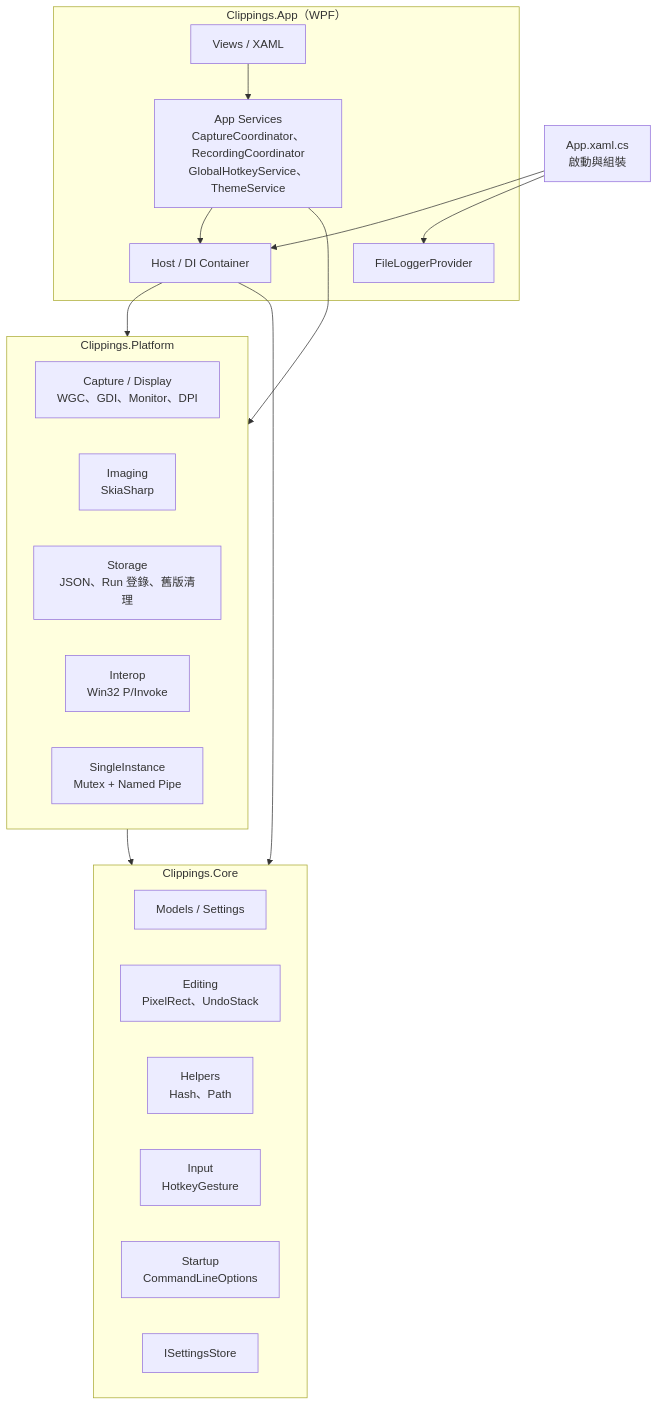
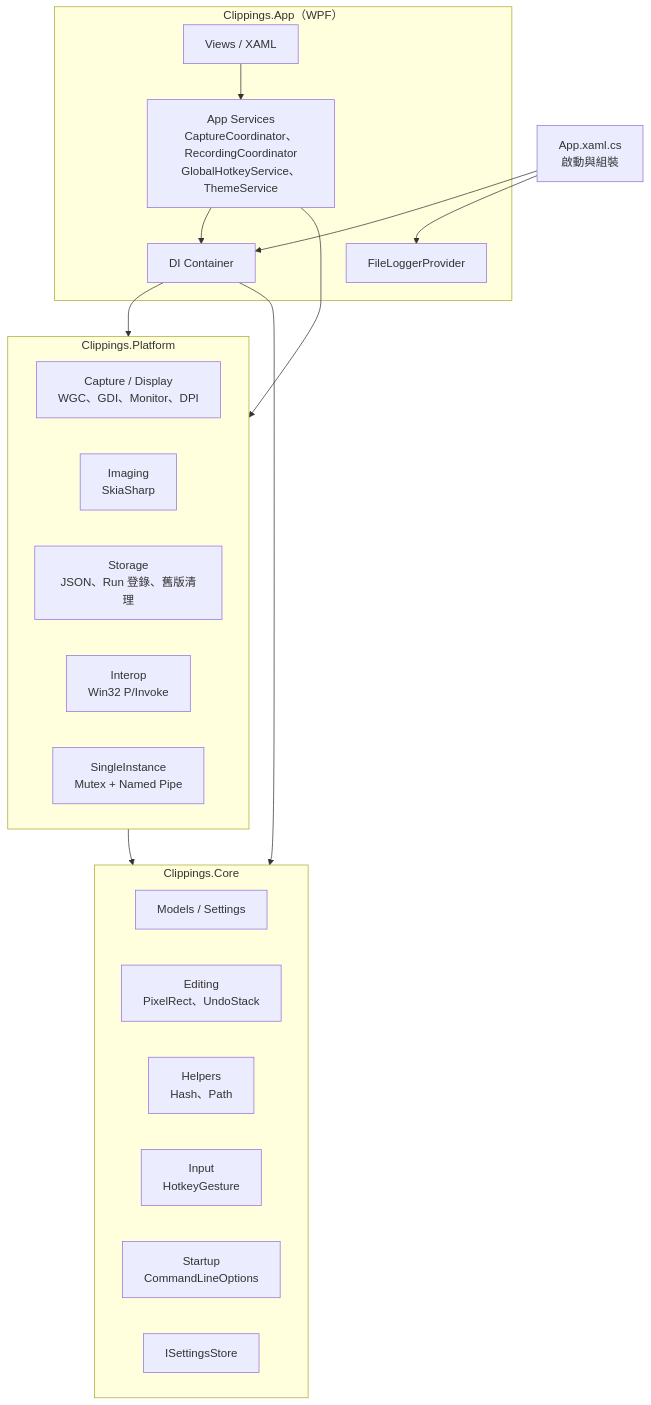
Before and after one commit to mark216tw/win-clippings-02: the first of 7 diagrams in docs/ARCHITECTURE.md, drawn with Mermaid. The commit also changed other lines of this file and 13 other files, not shown here.

````diff
--- a/docs/ARCHITECTURE.md
+++ b/docs/ARCHITECTURE.md
@@ -19,35 +19,35 @@
 ```mermaid
 flowchart TB
     subgraph App["Clippings.App（WPF）"]
         UI["Views / XAML"]
         SVC["App Services<br/>CaptureCoordinator、RecordingCoordinator<br/>GlobalHotkeyService、ThemeService"]
-        DI["Host / DI Container"]
+        DI["DI Container"]
         LOG["FileLoggerProvider"]
     end
 
     subgraph Platform["Clippings.Platform"]
         CAP["Capture / Display<br/>WGC、GDI、Monitor、DPI"]
         IMG["Imaging<br/>SkiaSharp"]
         STORE["Storage<br/>JSON、Run 登錄、舊版清理"]
         INT["Interop<br/>Win32 P/Invoke"]
         SI["SingleInstance<br/>Mutex + Named Pipe"]
     end
 
     subgraph Core["Clippings.Core"]
         MODEL["Models / Settings"]
         EDIT["Editing<br/>PixelRect、UndoStack"]
         HELP["Helpers<br/>Hash、Path"]
         INPUT["Input<br/>HotkeyGesture"]
         START["Startup<br/>CommandLineOptions"]
         ISTORE["ISettingsStore"]
     end
 
     UI --> SVC
     SVC --> DI
     SVC --> Platform
     DI --> Platform
     DI --> Core
     Platform --> Core
     APPX["App.xaml.cs<br/>啟動與組裝"] --> DI
     APPX --> LOG
 ```
````
